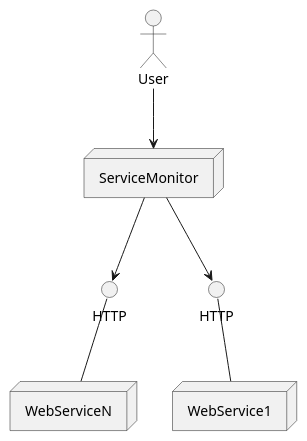
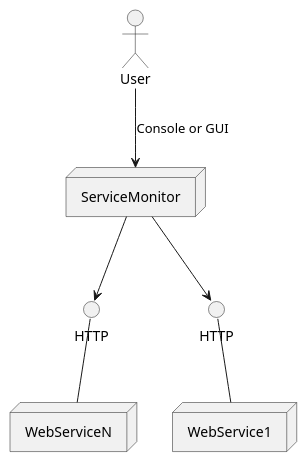
One commit to greifentor/service-monitor changed the diagram in documentation/system-context.plantuml. Above: the diagram before and after it, drawn with PlantUML. The commit also changed 2 other files, not shown here.

Commit message:
Added some architectural documentation.

```diff
--- a/documentation/system-context.plantuml
+++ b/documentation/system-context.plantuml
@@ -1,21 +1,21 @@
 @startuml
 
 actor User
 
 node ServiceMonitor
 
 node WebService1
 node WebServiceN
 
 interface "HTTP" as Interface1
 interface "HTTP" as InterfaceN
 
-User --> ServiceMonitor
+User --> ServiceMonitor :Console or GUI
 
 WebService1 -UP- Interface1
 WebServiceN -UP- InterfaceN
 
 ServiceMonitor --> Interface1
 ServiceMonitor --> InterfaceN
 
 @enduml
```
